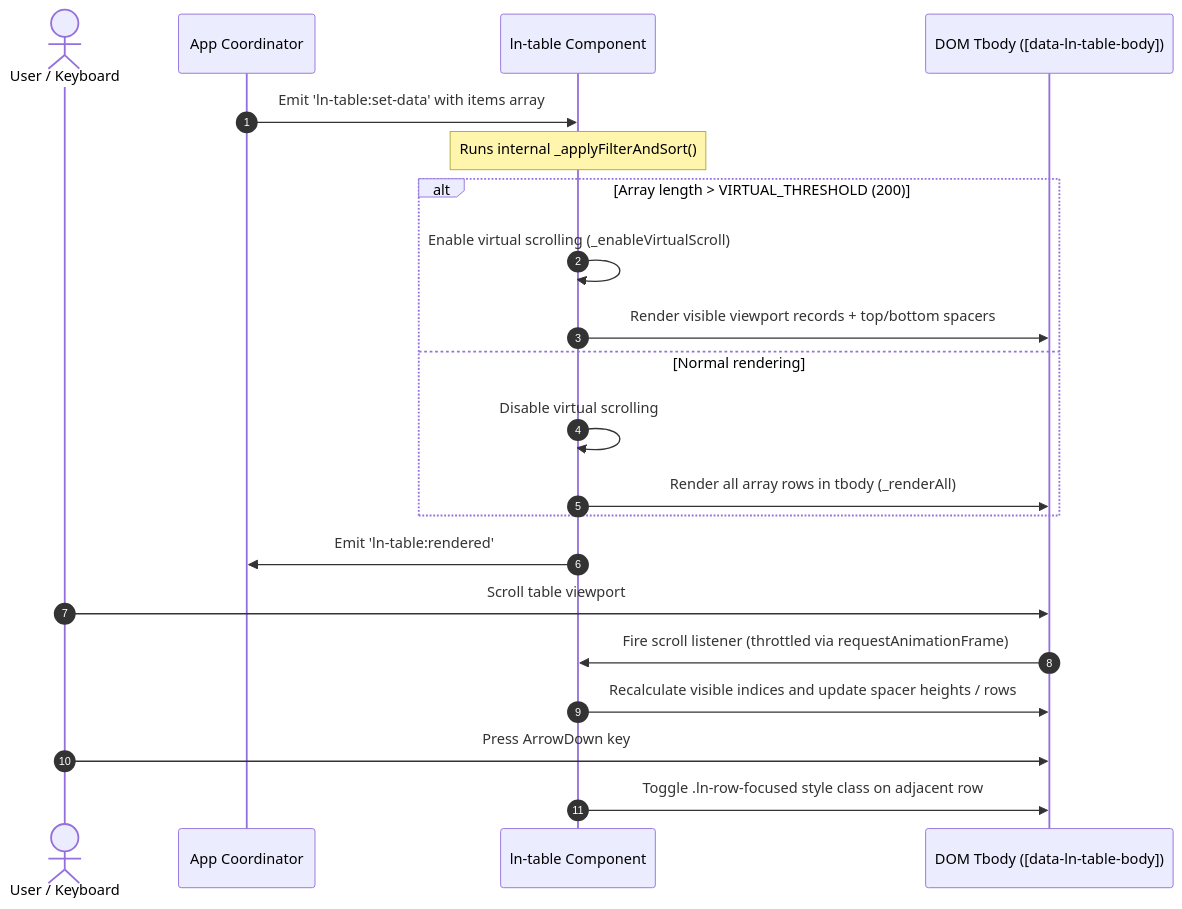
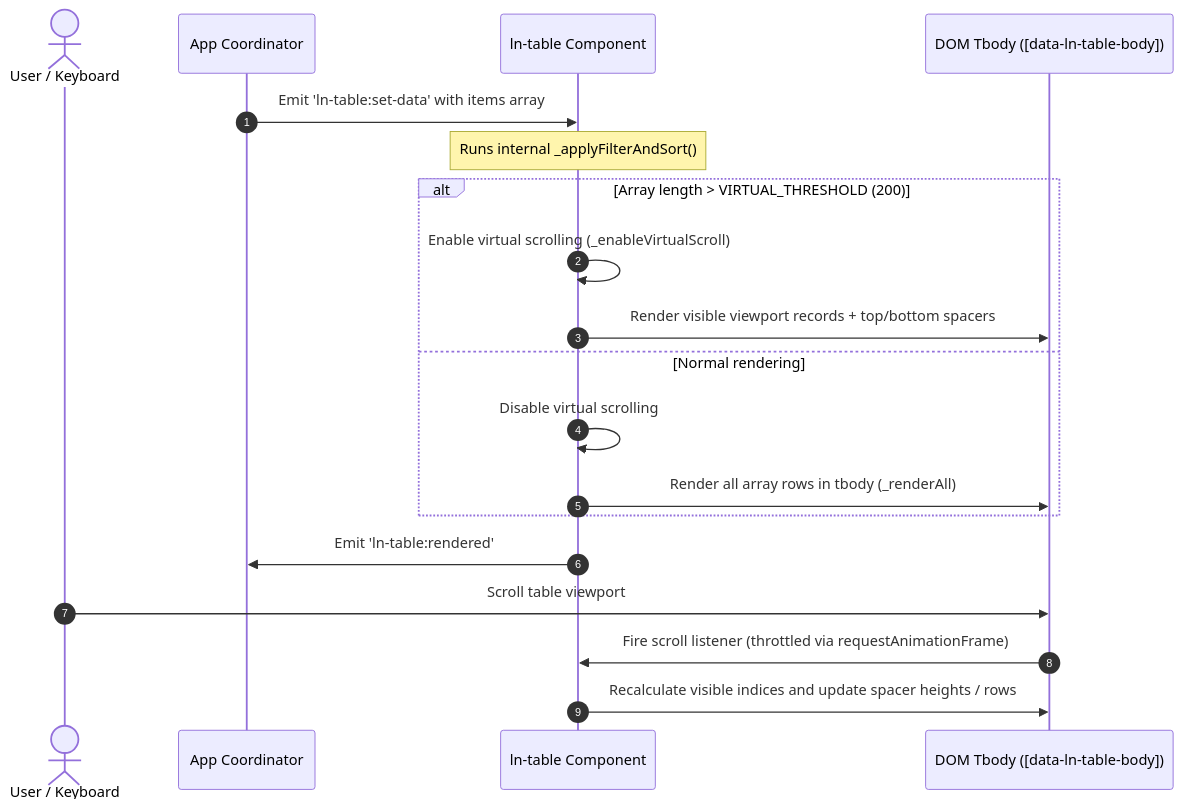
One commit to livenetworks/ln-ashlar changed the first of 3 diagrams in docs-mcp/components/ln-table.md. Above: the diagram before and after it, drawn with Mermaid. The commit also changed other lines of this file and 156 other files, not shown here.

````diff
--- a/docs-mcp/components/ln-table.md
+++ b/docs-mcp/components/ln-table.md
@@ -380,28 +382,25 @@
 ```mermaid
 sequenceDiagram
     autonumber
     actor User as User / Keyboard
     participant Coord as App Coordinator
     participant Table as ln-table Component
     participant DOM as DOM Tbody ([data-ln-table-body])
 
     Coord->>Table: Emit 'ln-table:set-data' with items array
     Note over Table: Runs internal _applyFilterAndSort()
     
     alt Array length > VIRTUAL_THRESHOLD (200)
         Table->>Table: Enable virtual scrolling (_enableVirtualScroll)
         Table->>DOM: Render visible viewport records + top/bottom spacers
     else Normal rendering
         Table->>Table: Disable virtual scrolling
         Table->>DOM: Render all array rows in tbody (_renderAll)
     end
     
     Table->>Coord: Emit 'ln-table:rendered'
 
     User->>DOM: Scroll table viewport
     DOM->>Table: Fire scroll listener (throttled via requestAnimationFrame)
     Table->>DOM: Recalculate visible indices and update spacer heights / rows
-
-    User->>DOM: Press ArrowDown key
-    Table->>DOM: Toggle .ln-row-focused style class on adjacent row
 ```
````
